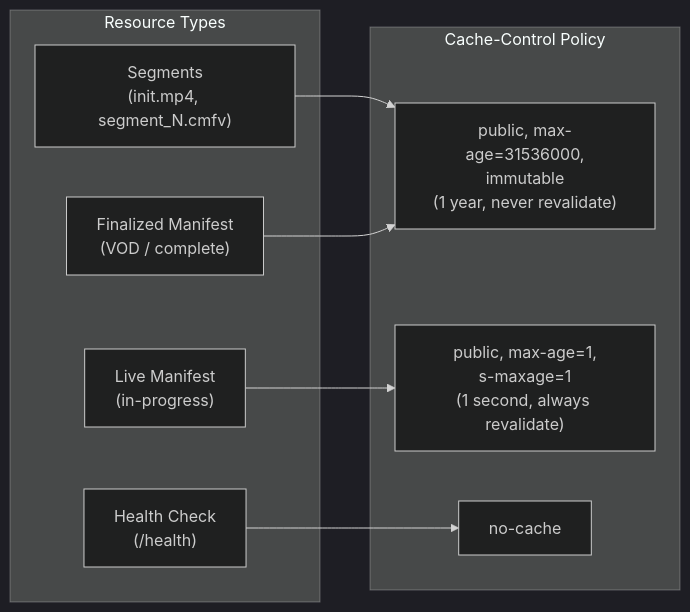
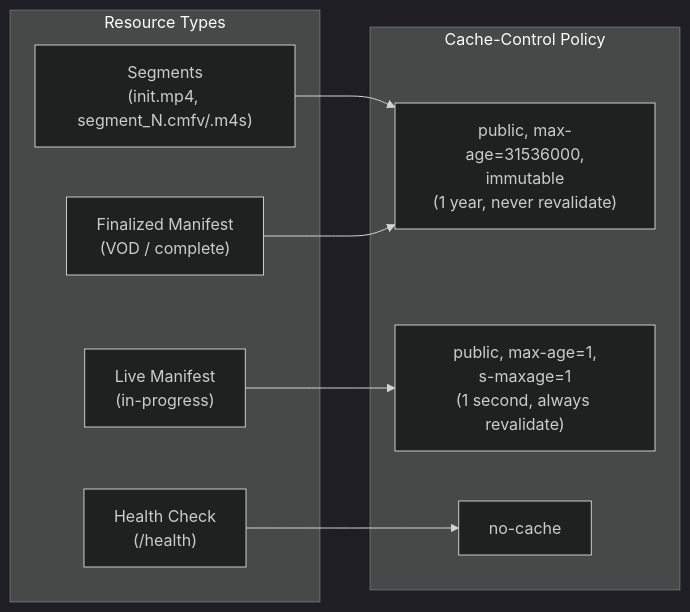
One commit to adrums86/edgepack changed the eighth of 10 diagrams in docs/architecture.md. Above: the diagram before and after it, drawn with Mermaid (dark theme). The commit also changed other lines of this file and 19 other files, not shown here.

````diff
--- a/docs/architecture.md
+++ b/docs/architecture.md
@@ -340,20 +340,20 @@
 ```mermaid
 flowchart LR
     subgraph Resources["Resource Types"]
-        Seg["Segments<br/>(init.mp4, segment_N.cmfv)"]
+        Seg["Segments<br/>(init.mp4, segment_N.cmfv/.m4s)"]
         FinalManifest["Finalized Manifest<br/>(VOD / complete)"]
         LiveManifest["Live Manifest<br/>(in-progress)"]
         Health["Health Check<br/>(/health)"]
     end
 
     subgraph CachePolicy["Cache-Control Policy"]
         Immutable["public, max-age=31536000,<br/>immutable<br/>(1 year, never revalidate)"]
         ShortTTL["public, max-age=1,<br/>s-maxage=1<br/>(1 second, always revalidate)"]
         NoCache["no-cache"]
     end
 
     Seg --> Immutable
     FinalManifest --> Immutable
     LiveManifest --> ShortTTL
     Health --> NoCache
 ```
````
